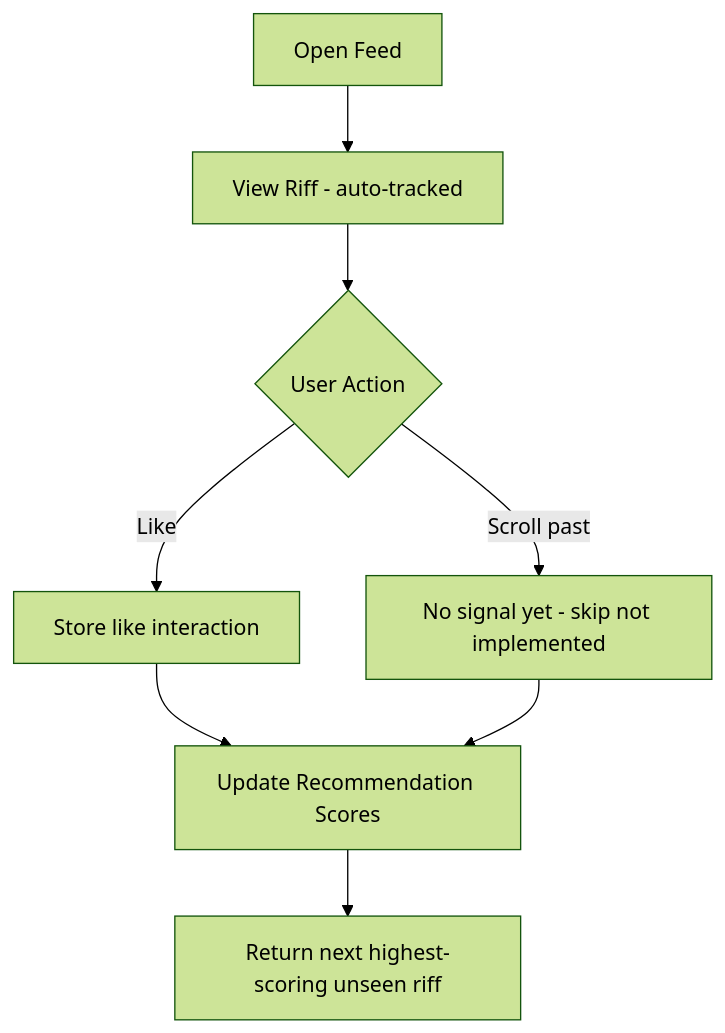
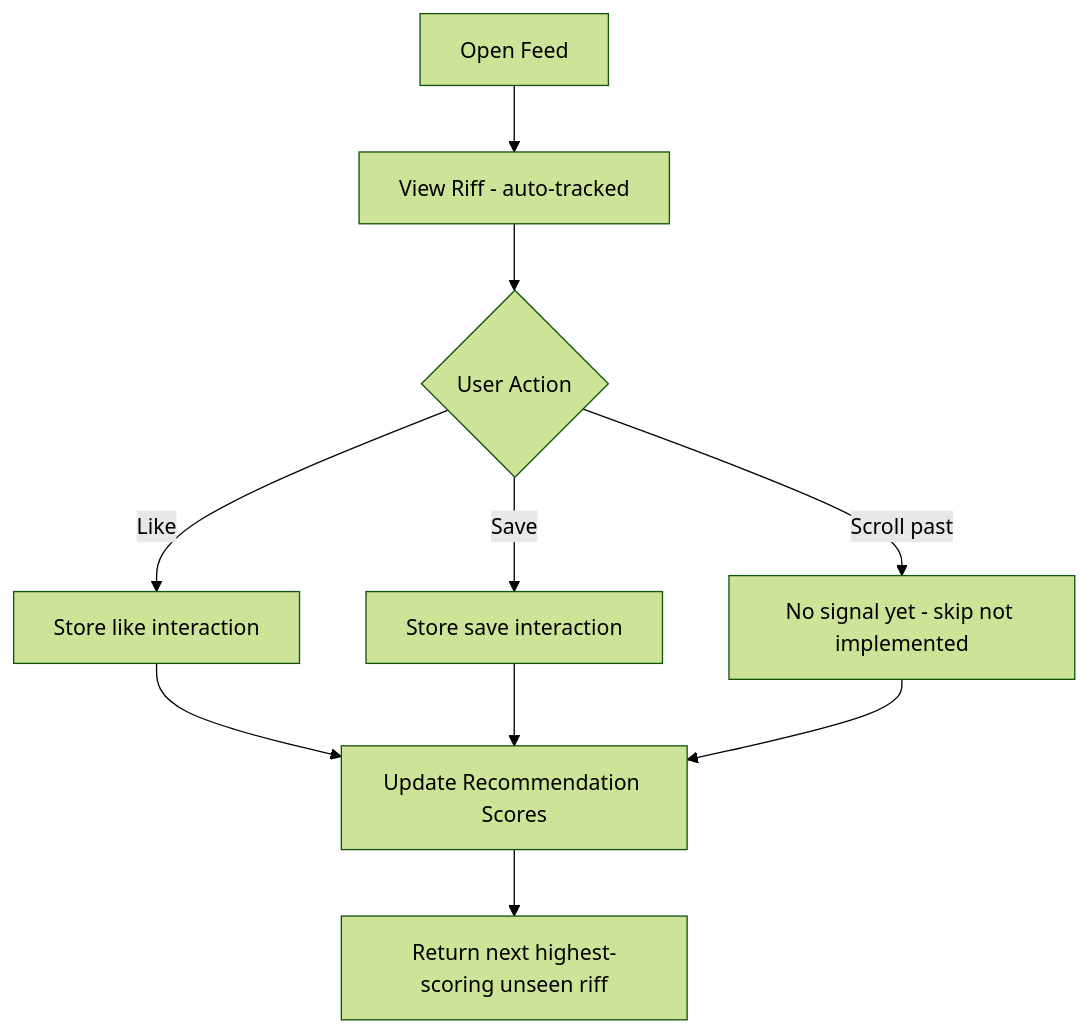
Before and after one commit to Zachwm/riffly: the third of 4 diagrams in README.md, drawn with Mermaid (forest theme). The commit also changed other lines of this file and 5246 other files, not shown here.

````diff
--- a/README.md
+++ b/README.md
@@ -240,13 +249,15 @@
 ```mermaid
 flowchart TD
     A[Open Feed] --> B[View Riff - auto-tracked]
     B --> C{User Action}
 
     C -->|Like| D[Store like interaction]
-    C -->|Scroll past| E[No signal yet - skip not implemented]
+    C -->|Save| E[Store save interaction]
+    C -->|Scroll past| F[No signal yet - skip not implemented]
 
     D --> G[Update Recommendation Scores]
     E --> G
+    F --> G
 
     G --> H[Return next highest-scoring unseen riff]
 ```
````
